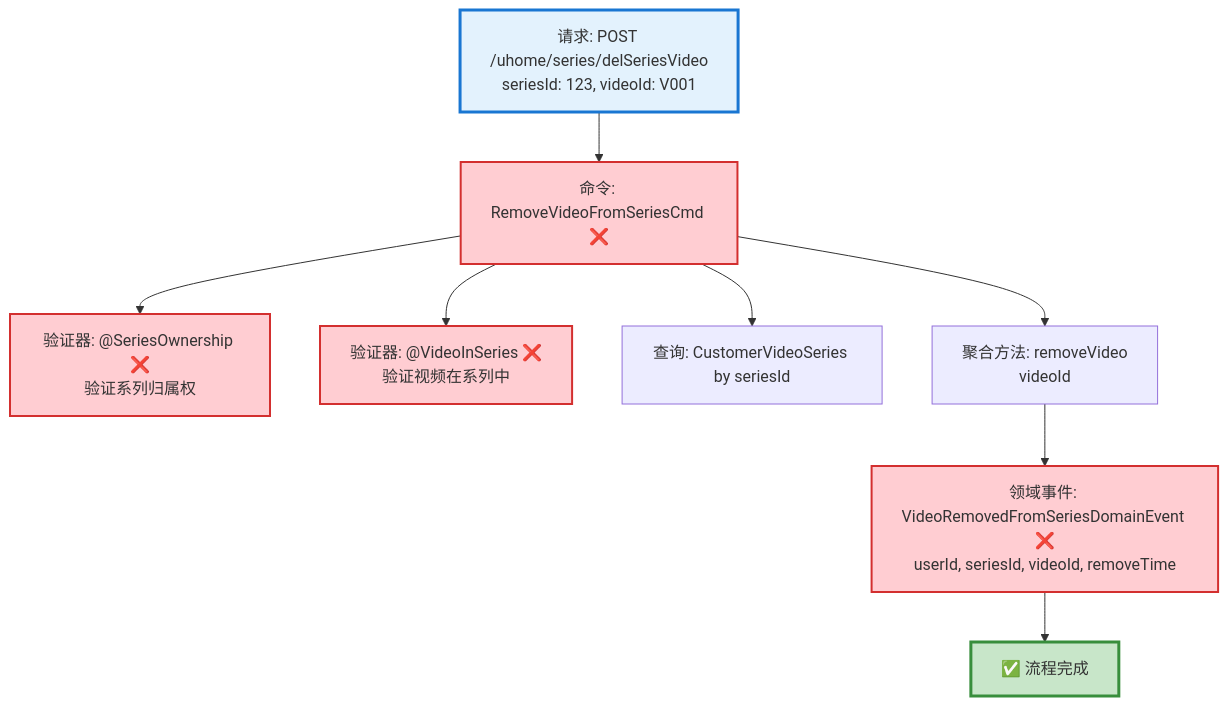
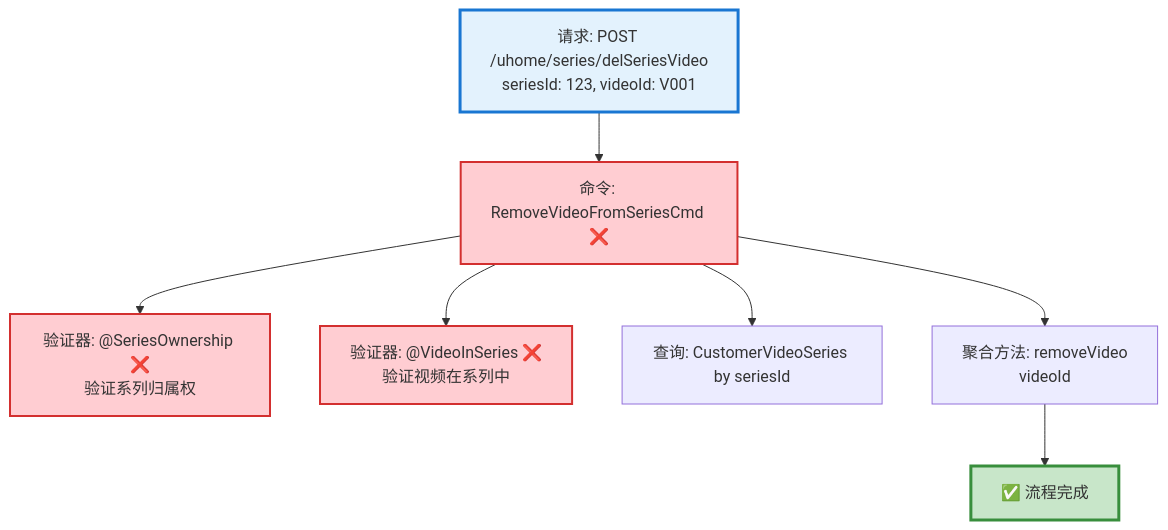
The diagram in design/requirements/series_remove_video_flow.md (LDmoxeii/only-danmuku), drawn with Mermaid before and after one commit. The commit also changed other lines of this file and 30 other files, not shown here.

````diff
--- a/design/requirements/series_remove_video_flow.md
+++ b/design/requirements/series_remove_video_flow.md
@@ -76,20 +63,17 @@
 ```mermaid
 graph TD
     A[请求: POST /uhome/series/delSeriesVideo<br/>seriesId: 123, videoId: V001] --> B[命令: RemoveVideoFromSeriesCmd ❌]
 
     B --> B1[验证器: @SeriesOwnership ❌<br/>验证系列归属权]
     B --> B2[验证器: @VideoInSeries ❌<br/>验证视频在系列中]
     B --> B3[查询: CustomerVideoSeries by seriesId]
     B --> B4[聚合方法: removeVideo<br/>videoId]
 
-    B4 --> C[领域事件: VideoRemovedFromSeriesDomainEvent ❌<br/>userId, seriesId, videoId, removeTime]
-
-    C --> D[✅ 流程完成]
+    B4 --> D[✅ 流程完成]
 
     style A fill:#E3F2FD,stroke:#1976D2,stroke-width:3px
     style D fill:#C8E6C9,stroke:#388E3C,stroke-width:3px
     style B fill:#FFCDD2,stroke:#D32F2F,stroke-width:2px
     style B1 fill:#FFCDD2,stroke:#D32F2F,stroke-width:2px
     style B2 fill:#FFCDD2,stroke:#D32F2F,stroke-width:2px
-    style C fill:#FFCDD2,stroke:#D32F2F,stroke-width:2px
 ```
````
